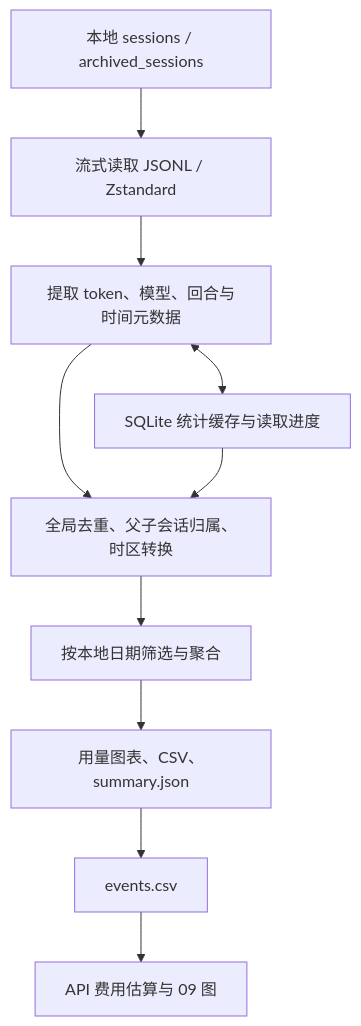
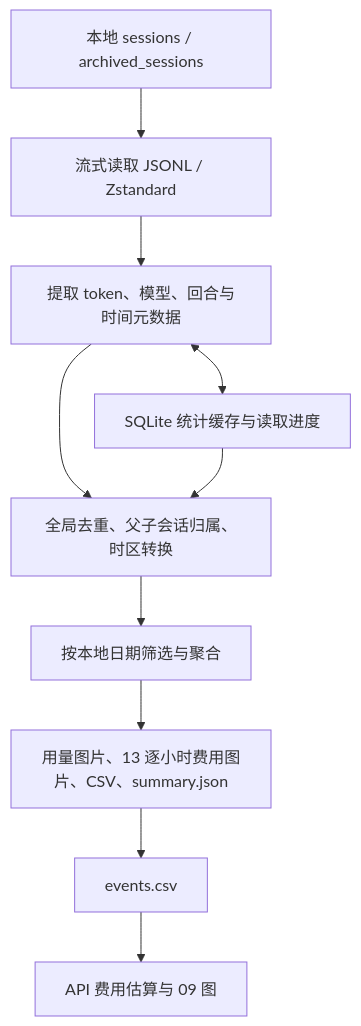
The diagram in dev_doc/architecture.md (YS-Pan/codex-usage-plot), drawn with Mermaid before and after one commit. The commit also changed other lines of this file and 12 other files, not shown here.

First line of the commit message:
Add task cost labels and model-stacked usage charts

````diff
--- a/dev_doc/architecture.md
+++ b/dev_doc/architecture.md
@@ -30,12 +31,12 @@
 ```mermaid
 flowchart TD
     L[本地 sessions / archived_sessions] --> R[流式读取 JSONL / Zstandard]
     R --> P[提取 token、模型、回合与时间元数据]
     P <--> C[SQLite 统计缓存与读取进度]
     P --> D[全局去重、父子会话归属、时区转换]
     C --> D
     D --> F[按本地日期筛选与聚合]
-    F --> U[用量图表、CSV、summary.json]
+    F --> U[用量图片、13 逐小时费用图片、CSV、summary.json]
     U --> E[events.csv]
     E --> A[API 费用估算与 09 图]
 ```
````
